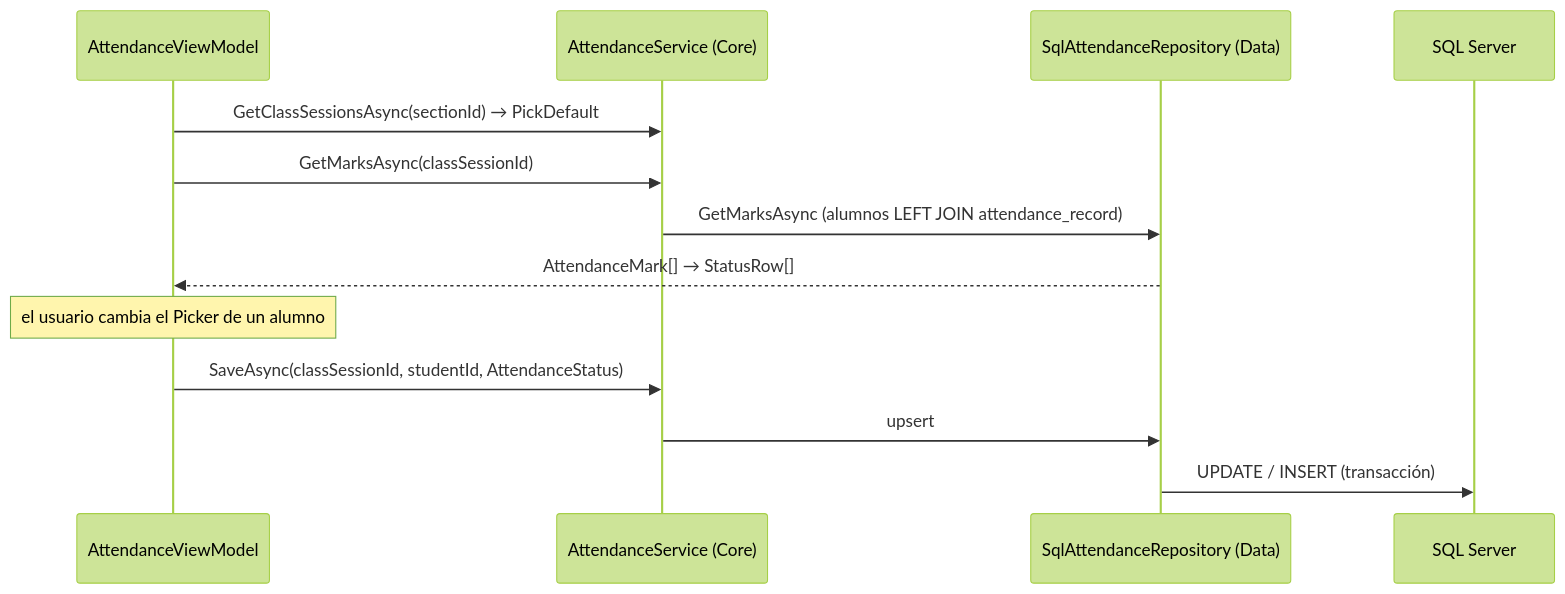
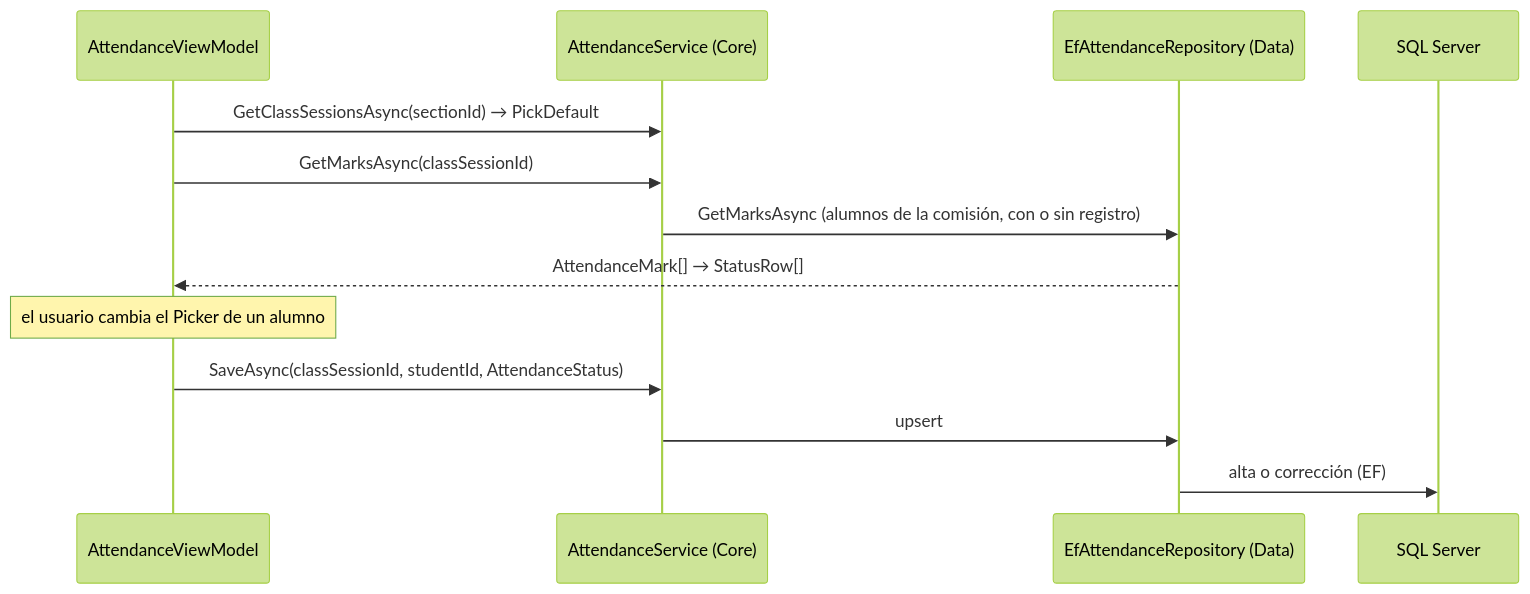
Before and after one commit to bautistacarratu06/PP2: the third of 3 diagrams in GestionEscolar/ARCHITECTURE.md, drawn with Mermaid (forest theme). The commit also changed other lines of this file and 1 other file, not shown here.

Commit message:
update documentation replacing pure sql with ef

````diff
--- a/GestionEscolar/ARCHITECTURE.md
+++ b/GestionEscolar/ARCHITECTURE.md
@@ -217,15 +215,15 @@
 ```mermaid
 sequenceDiagram
     participant VM as AttendanceViewModel
     participant S as AttendanceService (Core)
-    participant R as SqlAttendanceRepository (Data)
+    participant R as EfAttendanceRepository (Data)
     participant DB as SQL Server
     VM->>S: GetClassSessionsAsync(sectionId) → PickDefault
     VM->>S: GetMarksAsync(classSessionId)
-    S->>R: GetMarksAsync (alumnos LEFT JOIN attendance_record)
+    S->>R: GetMarksAsync (alumnos de la comisión, con o sin registro)
     R-->>VM: AttendanceMark[] → StatusRow[]
     Note over VM: el usuario cambia el Picker de un alumno
     VM->>S: SaveAsync(classSessionId, studentId, AttendanceStatus)
     S->>R: upsert
-    R->>DB: UPDATE / INSERT (transacción)
+    R->>DB: alta o corrección (EF)
 ```
````
